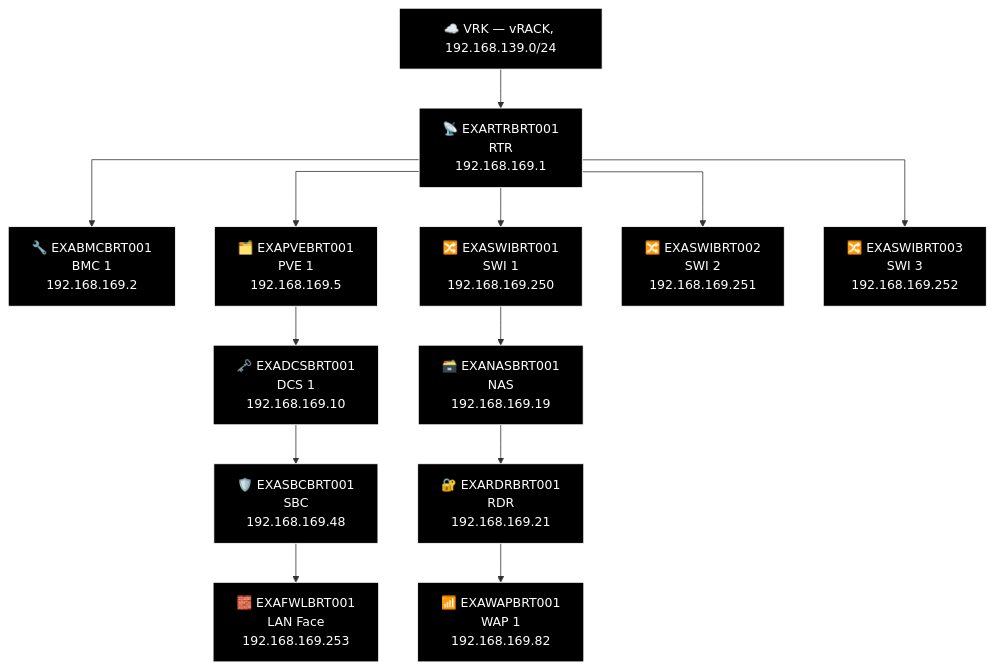
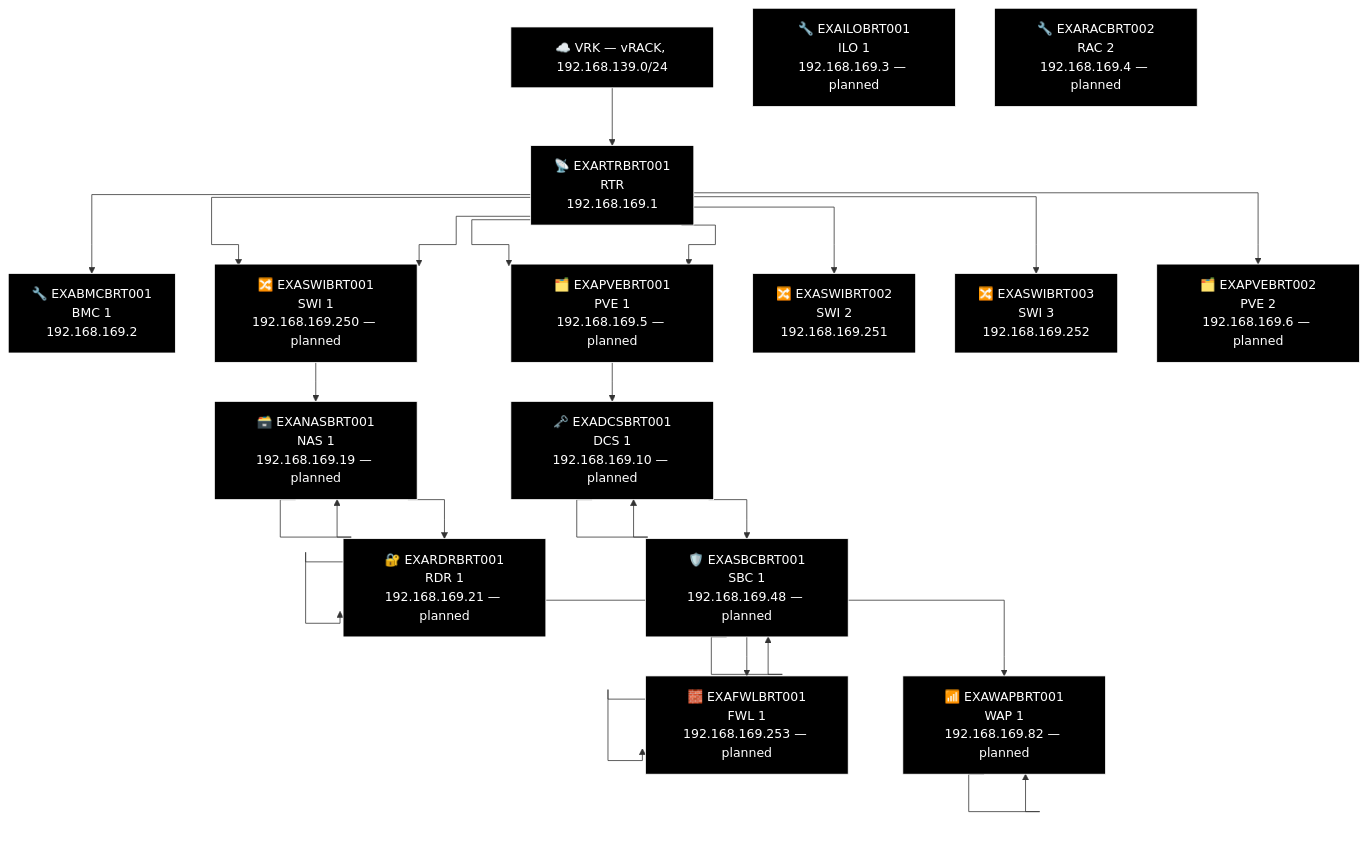
The second of 2 diagrams in docs/network-diagram/lebanon.md (knightmare2600/example_music_infra), drawn with Mermaid before and after one commit. The commit also changed 10 other files, not shown here.

````diff
--- a/docs/network-diagram/lebanon.md
+++ b/docs/network-diagram/lebanon.md
@@ -31,40 +31,65 @@
 ```mermaid
 %% GENERATED:TOPOLOGY:BRT:START
 %%{init: {'flowchart': {'curve': 'stepAfter'}}}%%
 graph TD
     T_VRK["☁️ VRK — vRACK, 192.168.139.0/24"]
     T_RTR["📡 EXARTRBRT001<br/>RTR<br/>192.168.169.1"]
     T_VRK --> T_RTR
     T_BMC["🔧 EXABMCBRT001<br/>BMC 1<br/>192.168.169.2"]
     T_RTR --> T_BMC
     T_PVE["🗂️ EXAPVEBRT001<br/>PVE 1<br/>192.168.169.5"]
     T_RTR --> T_PVE
     T_SWI["🔀 EXASWIBRT001<br/>SWI 1<br/>192.168.169.250"]
     T_RTR --> T_SWI
     T_SWI2["🔀 EXASWIBRT002<br/>SWI 2<br/>192.168.169.251"]
     T_RTR --> T_SWI2
     T_SWI3["🔀 EXASWIBRT003<br/>SWI 3<br/>192.168.169.252"]
     T_RTR --> T_SWI3
+    T_SWI["🔀 EXASWIBRT001<br/>SWI 1<br/>192.168.169.250 — planned"]
+    T_RTR --> T_SWI
+    T_PVE["🗂️ EXAPVEBRT001<br/>PVE 1<br/>192.168.169.5 — planned"]
+    T_RTR --> T_PVE
+    T_PVE2["🗂️ EXAPVEBRT002<br/>PVE 2<br/>192.168.169.6 — planned"]
+    T_RTR --> T_PVE2
     T_NAS["🗃️ EXANASBRT001<br/>NAS<br/>192.168.169.19"]
+    T_NAS["🗃️ EXANASBRT001<br/>NAS 1<br/>192.168.169.19 — planned"]
     T_RDR["🔐 EXARDRBRT001<br/>RDR<br/>192.168.169.21"]
+    T_RDR["🔐 EXARDRBRT001<br/>RDR 1<br/>192.168.169.21 — planned"]
     T_WAP["📶 EXAWAPBRT001<br/>WAP 1<br/>192.168.169.82"]
-    T_SWI --> T_NAS --> T_RDR --> T_WAP
+    T_WAP["📶 EXAWAPBRT001<br/>WAP 1<br/>192.168.169.82 — planned"]
+    T_SWI --> T_NAS --> T_NAS --> T_RDR --> T_RDR --> T_WAP --> T_WAP
     T_DCS["🗝️ EXADCSBRT001<br/>DCS 1<br/>192.168.169.10"]
+    T_DCS["🗝️ EXADCSBRT001<br/>DCS 1<br/>192.168.169.10 — planned"]
     T_SBC["🛡️ EXASBCBRT001<br/>SBC<br/>192.168.169.48"]
+    T_SBC["🛡️ EXASBCBRT001<br/>SBC 1<br/>192.168.169.48 — planned"]
     T_FWL["🧱 EXAFWLBRT001<br/>LAN Face<br/>192.168.169.253"]
-    T_PVE --> T_DCS --> T_SBC --> T_FWL
+    T_FWL["🧱 EXAFWLBRT001<br/>FWL 1<br/>192.168.169.253 — planned"]
+    T_PVE --> T_DCS --> T_DCS --> T_SBC --> T_SBC --> T_FWL --> T_FWL
+    T_ILO["🔧 EXAILOBRT001<br/>ILO 1<br/>192.168.169.3 — planned"]
+    T_RAC["🔧 EXARACBRT002<br/>RAC 2<br/>192.168.169.4 — planned"]
     style T_VRK fill:#000000,stroke:#FFFFFF,color:#FFFFFF
     style T_RTR fill:#000000,stroke:#FFFFFF,color:#FFFFFF
     style T_BMC fill:#000000,stroke:#FFFFFF,color:#FFFFFF
     style T_PVE fill:#000000,stroke:#FFFFFF,color:#FFFFFF
     style T_SWI fill:#000000,stroke:#FFFFFF,color:#FFFFFF
     style T_SWI2 fill:#000000,stroke:#FFFFFF,color:#FFFFFF
     style T_SWI3 fill:#000000,stroke:#FFFFFF,color:#FFFFFF
+    style T_SWI fill:#000000,stroke:#FFFFFF,color:#FFFFFF
+    style T_PVE fill:#000000,stroke:#FFFFFF,color:#FFFFFF
+    style T_PVE2 fill:#000000,stroke:#FFFFFF,color:#FFFFFF
+    style T_NAS fill:#000000,stroke:#FFFFFF,color:#FFFFFF
     style T_NAS fill:#000000,stroke:#FFFFFF,color:#FFFFFF
     style T_RDR fill:#000000,stroke:#FFFFFF,color:#FFFFFF
+    style T_RDR fill:#000000,stroke:#FFFFFF,color:#FFFFFF
+    style T_WAP fill:#000000,stroke:#FFFFFF,color:#FFFFFF
     style T_WAP fill:#000000,stroke:#FFFFFF,color:#FFFFFF
     style T_DCS fill:#000000,stroke:#FFFFFF,color:#FFFFFF
+    style T_DCS fill:#000000,stroke:#FFFFFF,color:#FFFFFF
+    style T_SBC fill:#000000,stroke:#FFFFFF,color:#FFFFFF
     style T_SBC fill:#000000,stroke:#FFFFFF,color:#FFFFFF
     style T_FWL fill:#000000,stroke:#FFFFFF,color:#FFFFFF
+    style T_FWL fill:#000000,stroke:#FFFFFF,color:#FFFFFF
+    style T_ILO fill:#000000,stroke:#FFFFFF,color:#FFFFFF
+    style T_RAC fill:#000000,stroke:#FFFFFF,color:#FFFFFF
 %% GENERATED:TOPOLOGY:BRT:END
 ```
````
